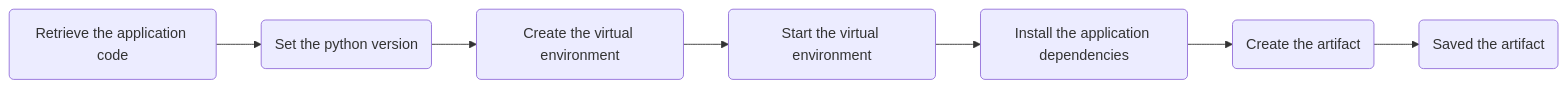
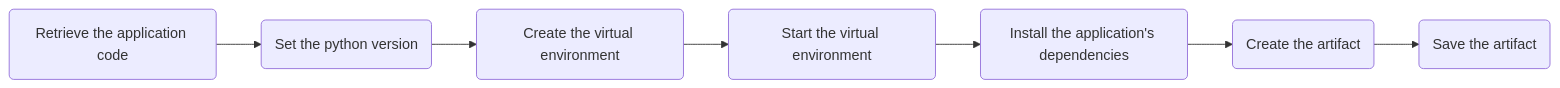
One commit to florian-vuillemot/florian-vuillemot.github.io changed the second of 4 diagrams in _posts/2023-12-10-azure-function-python-ml-part-2.markdown. Above: the diagram before and after it, drawn with Mermaid. The commit also changed other lines of this file and 2 other files, not shown here.

```diff
--- a/_posts/2023-12-10-azure-function-python-ml-part-2.markdown
+++ b/_posts/2023-12-10-azure-function-python-ml-part-2.markdown
@@ -39,9 +39,9 @@
 <pre class="mermaid">
 flowchart LR
     id1(Retrieve the application code) --> id2(Set the python version)
     id2 --> id3(Create the virtual environment)
     id3 --> id4(Start the virtual environment)
-    id4 --> id5(Install the application dependencies)
+    id4 --> id5(Install the application's dependencies)
     id5 --> id6(Create the artifact)
-    id6 --> id7(Saved the artifact)
+    id6 --> id7(Save the artifact)
 </pre>
```
